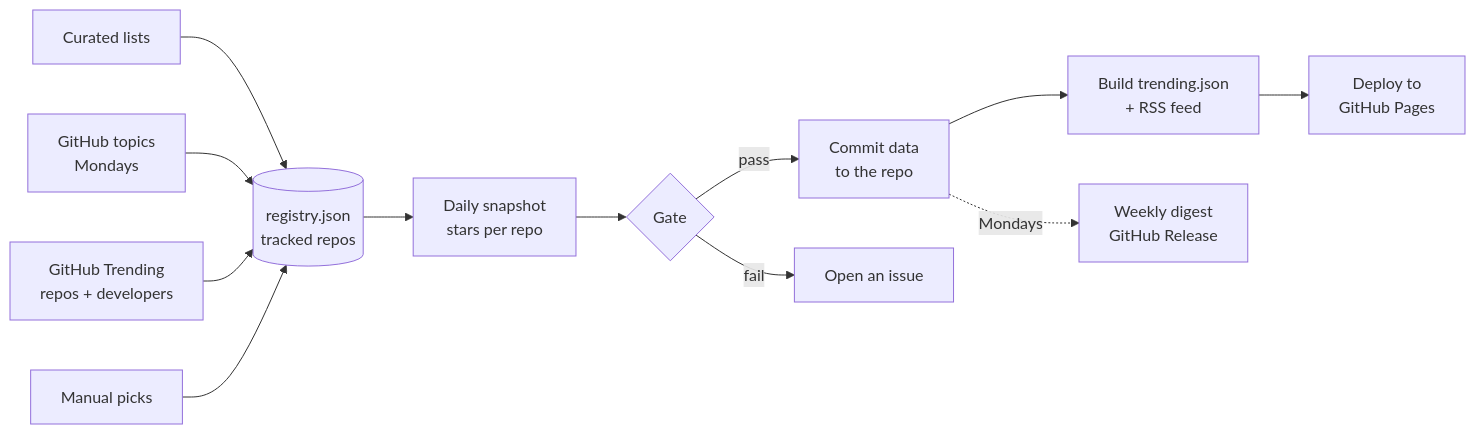
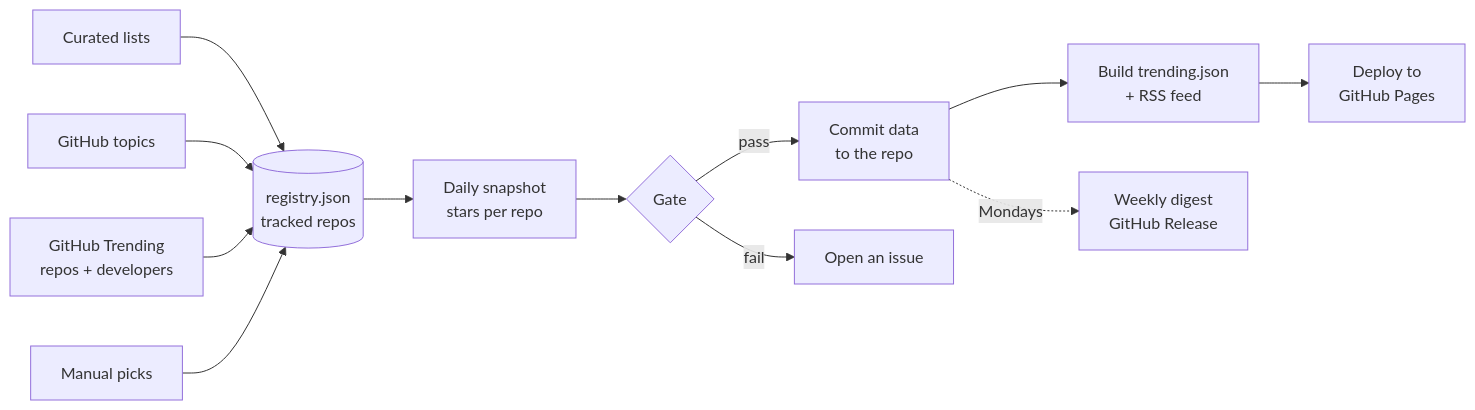
Before and after one commit to mit2400/agent-trending: the diagram in README.md, drawn with Mermaid. The commit also changed other lines of this file and 3 other files, not shown here.

First line of the commit message:
Daily GitHub topic search; filtered repo lists keep their board rank

````diff
--- a/README.md
+++ b/README.md
@@ -89,14 +89,14 @@
 ```mermaid
 flowchart LR
   A[Curated lists] --> R
-  B[GitHub topics<br/>Mondays] --> R
+  B[GitHub topics] --> R
   C[GitHub Trending<br/>repos + developers] --> R
   M[Manual picks] --> R
   R[(registry.json<br/>tracked repos)] --> S[Daily snapshot<br/>stars per repo]
   S --> G{Gate}
   G -- pass --> K[Commit data<br/>to the repo]
   G -- fail --> I[Open an issue]
   K --> T[Build trending.json<br/>+ RSS feed]
   T --> P[Deploy to<br/>GitHub Pages]
   K -. Mondays .-> D[Weekly digest<br/>GitHub Release]
 ```
````
